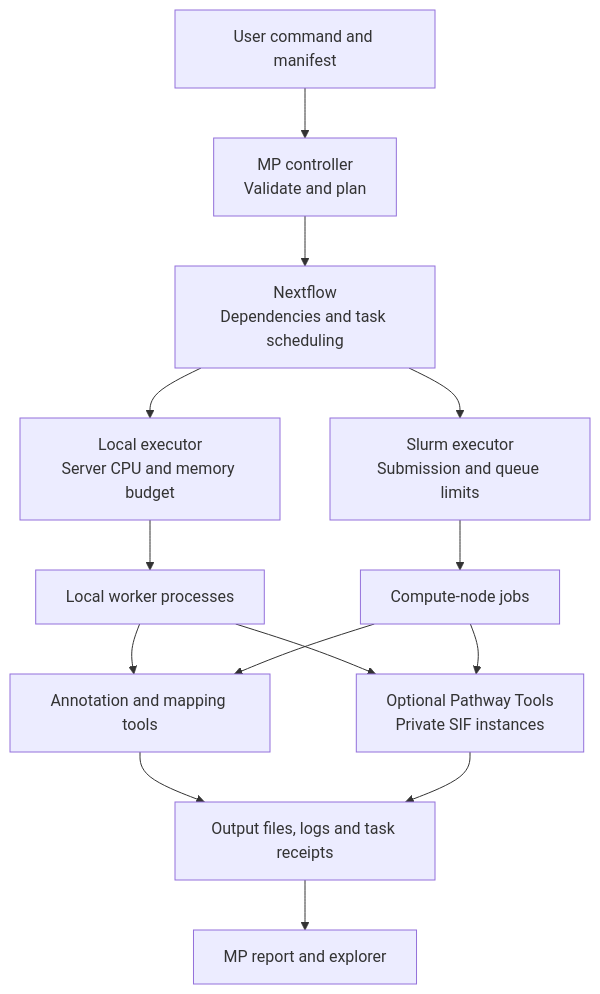
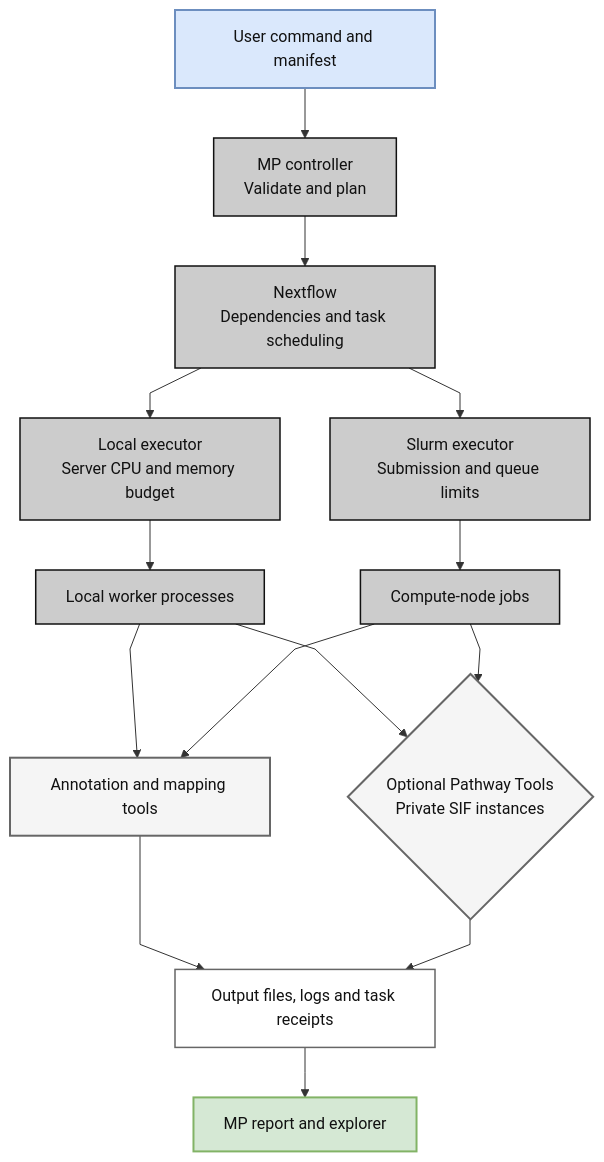
Before and after one commit to hallamlab/MetaPathways: the diagram in docs/architecture.md, drawn with Mermaid. The commit also changed 10 other files, not shown here.

Commit message:
Adapt appnote workflow SVG and align documentation diagram styling

````diff
--- a/docs/architecture.md
+++ b/docs/architecture.md
@@ -7,16 +7,27 @@
 ```mermaid
+%%{init: {"theme":"base","fontFamily":"Times New Roman, Times, serif","themeVariables":{"fontFamily":"Times New Roman, Times, serif","fontSize":"16px","primaryColor":"#CCCCCC","primaryTextColor":"#111111","primaryBorderColor":"#666666","secondaryColor":"#DAE8FC","tertiaryColor":"#F5F5F5","lineColor":"#333333","edgeLabelBackground":"#FFFFFF","background":"#FFFFFF"},"flowchart":{"htmlLabels":false,"curve":"linear"}}}%%
 flowchart TB
     U[User command and manifest] --> MP["MP controller<br/>Validate and plan"]
     MP --> NF["Nextflow<br/>Dependencies and task scheduling"]
     NF --> L["Local executor<br/>Server CPU and memory budget"]
     NF --> S["Slurm executor<br/>Submission and queue limits"]
     L --> LW[Local worker processes]
     S --> HW[Compute-node jobs]
     LW --> T[Annotation and mapping tools]
     HW --> T
-    LW --> P["Optional Pathway Tools<br/>Private SIF instances"]
+    LW --> P{"Optional Pathway Tools<br/>Private SIF instances"}
     HW --> P
     T --> O[Output files, logs and task receipts]
     P --> O
     O --> R[MP report and explorer]
+    classDef module fill:#CCCCCC,stroke:#111111,stroke-width:1.5px,color:#111111;
+    classDef compute fill:#F5F5F5,stroke:#666666,stroke-width:2px,color:#111111;
+    classDef input fill:#DAE8FC,stroke:#6C8EBF,stroke-width:2px,color:#111111;
+    classDef output fill:#D5E8D4,stroke:#82B366,stroke-width:2px,color:#111111;
+    classDef data fill:#FFFFFF,stroke:#666666,stroke-width:1.5px,color:#111111;
+    class U input;
+    class MP,NF,L,S,LW,HW module;
+    class T,P compute;
+    class O data;
+    class R output;
 ```
````
